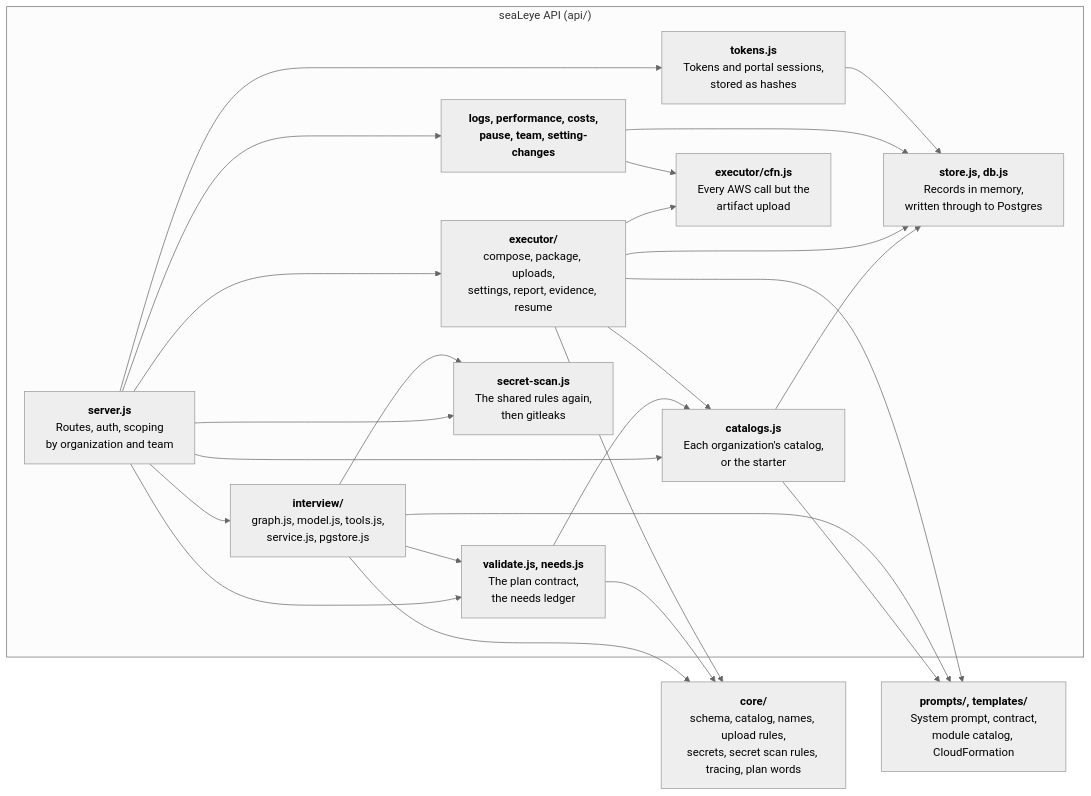
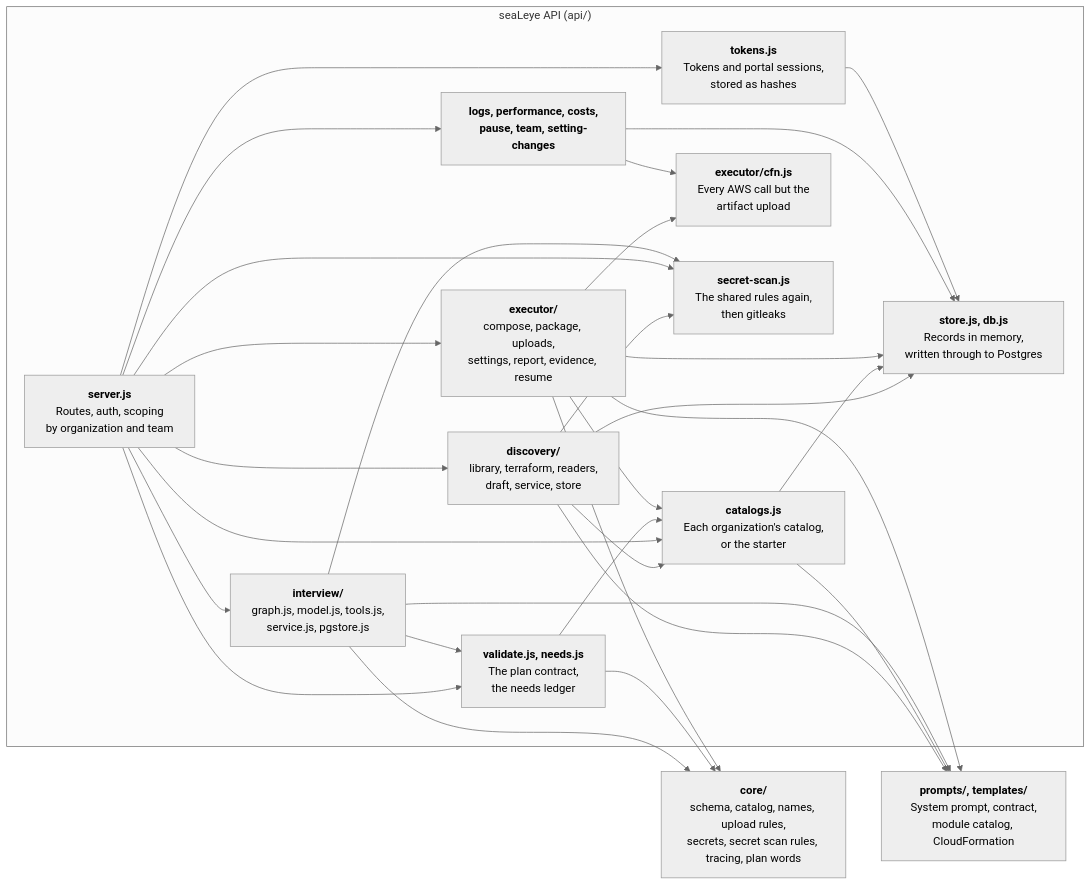
One commit to GregKliewer/sealeye changed the third of 13 diagrams in docs/ARCHITECTURE.md. Above: the diagram before and after it, drawn with Mermaid (neutral theme). The commit also changed other lines of this file and 4 other files, not shown here.

````diff
--- a/docs/ARCHITECTURE.md
+++ b/docs/ARCHITECTURE.md
@@ -164,42 +164,48 @@
 ```mermaid
 flowchart LR
   subgraph api["seaLeye API (api/)"]
     server["<b>server.js</b><br/>Routes, auth, scoping<br/>by organization and team"]
     tokens["<b>tokens.js</b><br/>Tokens and portal sessions,<br/>stored as hashes"]
     interview["<b>interview/</b><br/>graph.js, model.js, tools.js,<br/>service.js, pgstore.js"]
+    discovery["<b>discovery/</b><br/>library, terraform, readers,<br/>draft, service, store"]
     validate["<b>validate.js, needs.js</b><br/>The plan contract,<br/>the needs ledger"]
     catalogs["<b>catalogs.js</b><br/>Each organization's catalog,<br/>or the starter"]
     executor["<b>executor/</b><br/>compose, package, uploads,<br/>settings, report, evidence, resume"]
     cfn["<b>executor/cfn.js</b><br/>Every AWS call but the<br/>artifact upload"]
     dayTwo["<b>logs, performance, costs,<br/>pause, team, setting-changes</b>"]
     store["<b>store.js, db.js</b><br/>Records in memory,<br/>written through to Postgres"]
     scan["<b>secret-scan.js</b><br/>The shared rules again,<br/>then gitleaks"]
   end
 
   core["<b>core/</b><br/>schema, catalog, names, upload rules,<br/>secrets, secret scan rules, tracing, plan words"]
   prompts["<b>prompts/, templates/</b><br/>System prompt, contract,<br/>module catalog, CloudFormation"]
 
   server --> tokens
   server --> interview
+  server --> discovery
+  discovery --> scan
+  discovery --> catalogs
+  discovery --> store
+  discovery --> prompts
   server --> validate
   server --> catalogs
   validate --> catalogs
   executor --> catalogs
   catalogs --> store
   catalogs --> prompts
   server --> executor
   server --> dayTwo
   server --> scan
   interview --> scan
   interview --> validate
   executor --> cfn
   dayTwo --> cfn
   executor --> store
   dayTwo --> store
   tokens --> store
   interview --> core
   validate --> core
   executor --> core
   interview --> prompts
   executor --> prompts
 ```
````
